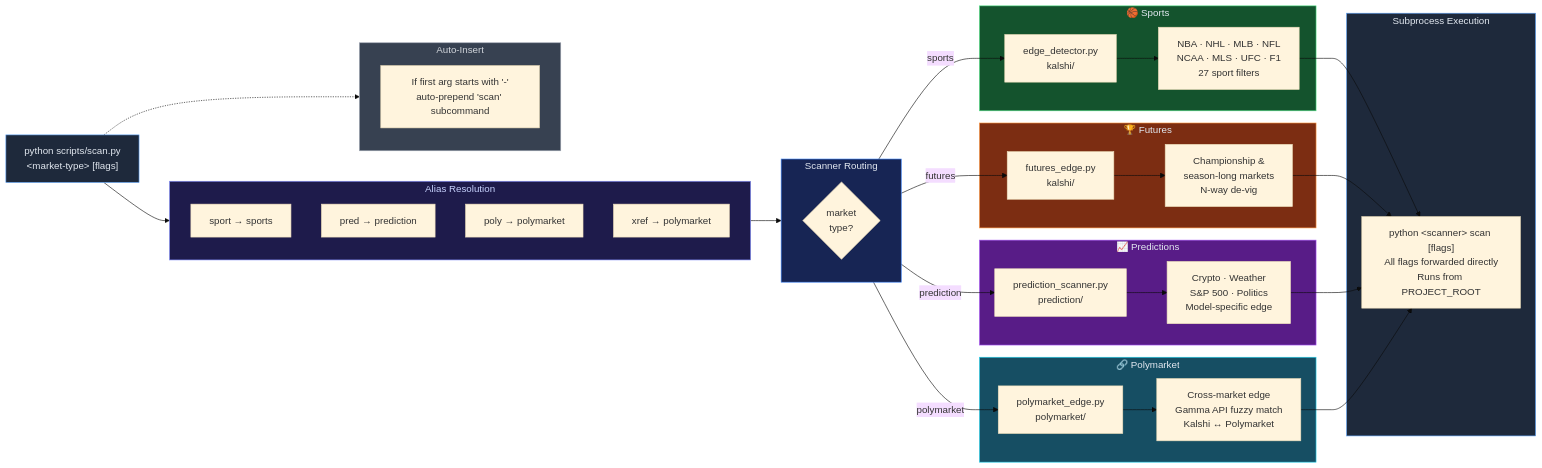
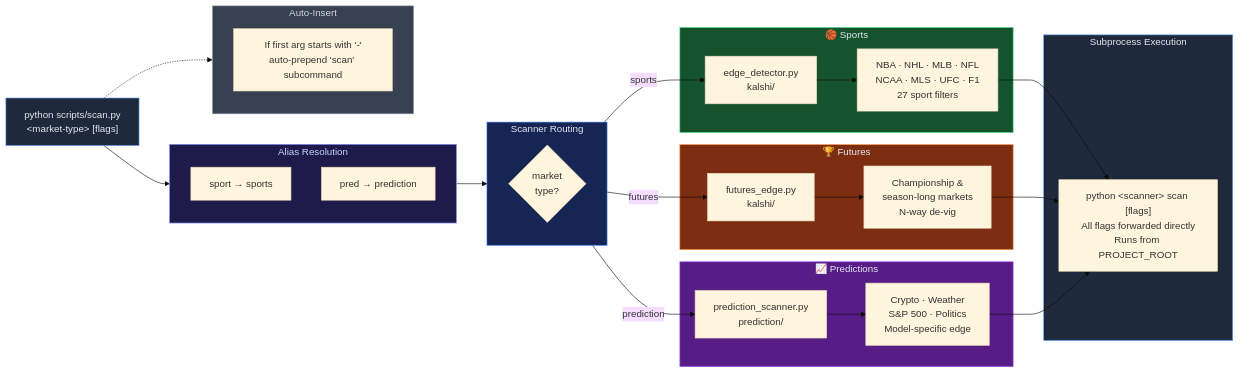
Before and after one commit to michaelschecht/Edge-Radar: the diagram in docs/SCRIPTS_REFERENCE.md, drawn with Mermaid (base theme). The commit also changed other lines of this file and 43 other files, not shown here.

````diff
--- a/docs/SCRIPTS_REFERENCE.md
+++ b/docs/SCRIPTS_REFERENCE.md
@@ -38,68 +37,59 @@
 ```mermaid
 flowchart LR
     CMD["python scripts/scan.py\n&lt;market-type&gt; [flags]"]
 
     subgraph ALIAS ["Alias Resolution"]
         direction TB
         A1["sport → sports"]
         A2["pred → prediction"]
-        A3["poly → polymarket"]
-        A4["xref → polymarket"]
     end
 
     CMD --> ALIAS
 
     subgraph ROUTE ["Scanner Routing"]
         direction TB
         R1{"market\ntype?"}
     end
 
     ALIAS --> R1
 
     subgraph SPORTS ["🏀 Sports"]
         S1["edge_detector.py\nkalshi/"]
         S1D["NBA · NHL · MLB · NFL\nNCAA · MLS · UFC · F1\n27 sport filters"]
     end
 
     subgraph FUTURES ["🏆 Futures"]
         F1["futures_edge.py\nkalshi/"]
         F1D["Championship &\nseason-long markets\nN-way de-vig"]
     end
 
     subgraph PRED ["📈 Predictions"]
         P1["prediction_scanner.py\nprediction/"]
         P1D["Crypto · Weather\nS&P 500 · Politics\nModel-specific edge"]
     end
 
-    subgraph POLY ["🔗 Polymarket"]
-        PO1["polymarket_edge.py\npolymarket/"]
-        PO1D["Cross-market edge\nGamma API fuzzy match\nKalshi ↔ Polymarket"]
-    end
-
     R1 -- "sports" --> S1 --> S1D
     R1 -- "futures" --> F1 --> F1D
     R1 -- "prediction" --> P1 --> P1D
-    R1 -- "polymarket" --> PO1 --> PO1D
 
     subgraph INSERT ["Auto-Insert"]
         INS["If first arg starts with '-'\nauto-prepend 'scan' subcommand"]
     end
 
     CMD -.-> INSERT
 
     subgraph EXEC ["Subprocess Execution"]
         EX["python &lt;scanner&gt; scan [flags]\nAll flags forwarded directly\nRuns from PROJECT_ROOT"]
     end
 
-    S1D & F1D & P1D & PO1D --> EX
+    S1D & F1D & P1D --> EX
 
     style CMD fill:#1e293b,stroke:#60a5fa,color:#e2e8f0
     style ALIAS fill:#1e1b4b,stroke:#818cf8,color:#c7d2fe
     style ROUTE fill:#172554,stroke:#3b82f6,color:#e2e8f0
     style SPORTS fill:#14532d,stroke:#4ade80,color:#e2e8f0
     style FUTURES fill:#7c2d12,stroke:#fb923c,color:#e2e8f0
     style PRED fill:#581c87,stroke:#a855f7,color:#e2e8f0
-    style POLY fill:#164e63,stroke:#22d3ee,color:#e2e8f0
     style INSERT fill:#374151,stroke:#9ca3af,color:#d1d5db
     style EXEC fill:#1e293b,stroke:#60a5fa,color:#e2e8f0
 ```
````
